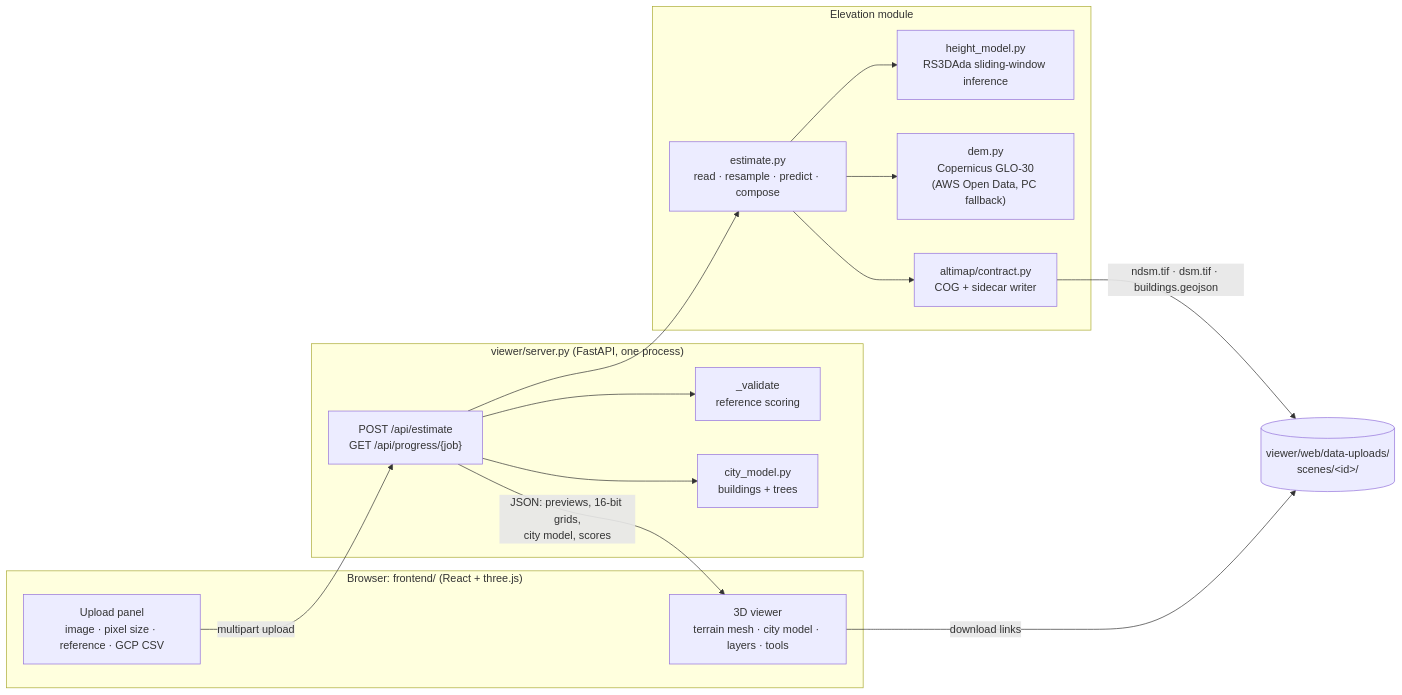
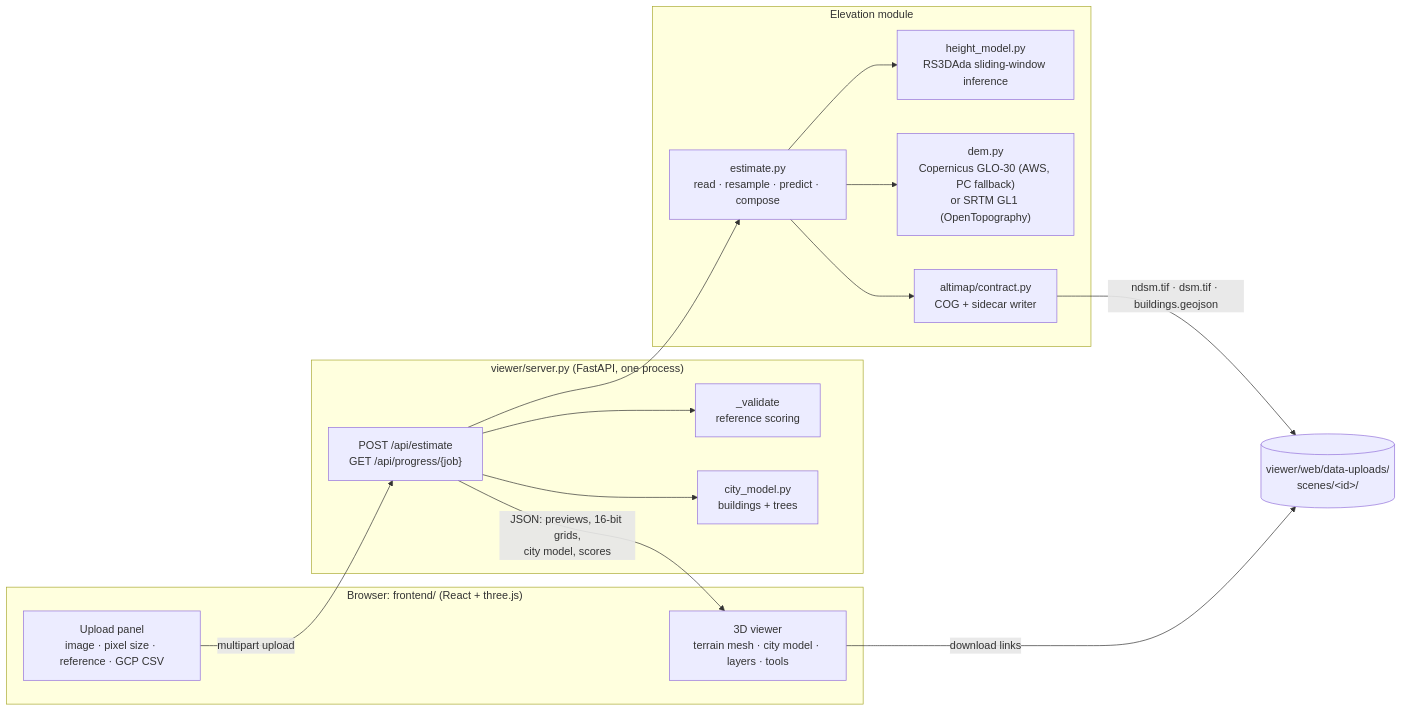
One commit to ManasBytes/altimap changed the diagram in ARCHITECTURE.md. Above: the diagram before and after it, drawn with Mermaid. The commit also changed other lines of this file and 15 other files, not shown here.

````diff
--- a/ARCHITECTURE.md
+++ b/ARCHITECTURE.md
@@ -32,27 +32,27 @@
 ```mermaid
 flowchart LR
   subgraph Browser["Browser: frontend/ (React + three.js)"]
     UI["Upload panel<br/>image · pixel size · reference · GCP CSV"]
     V["3D viewer<br/>terrain mesh · city model · layers · tools"]
   end
   subgraph Server["viewer/server.py (FastAPI, one process)"]
     API["POST /api/estimate<br/>GET /api/progress/{job}"]
     VAL["_validate<br/>reference scoring"]
     CM["city_model.py<br/>buildings + trees"]
   end
   subgraph Core["Elevation module"]
     EST["estimate.py<br/>read · resample · predict · compose"]
     HM["height_model.py<br/>RS3DAda sliding-window inference"]
-    DEM["dem.py<br/>Copernicus GLO-30<br/>(AWS Open Data, PC fallback)"]
+    DEM["dem.py<br/>Copernicus GLO-30 (AWS, PC fallback)<br/>or SRTM GL1 (OpenTopography)"]
     C["altimap/contract.py<br/>COG + sidecar writer"]
   end
   UI -- multipart upload --> API
   API --> EST --> HM
   EST --> DEM
   EST --> C
   API --> VAL
   API --> CM
   API -- JSON: previews, 16-bit grids,<br/>city model, scores --> V
   C -- ndsm.tif · dsm.tif · buildings.geojson --> Files[("viewer/web/data-uploads/<br/>scenes/&lt;id&gt;/")]
   V -- download links --> Files
 ```
````
